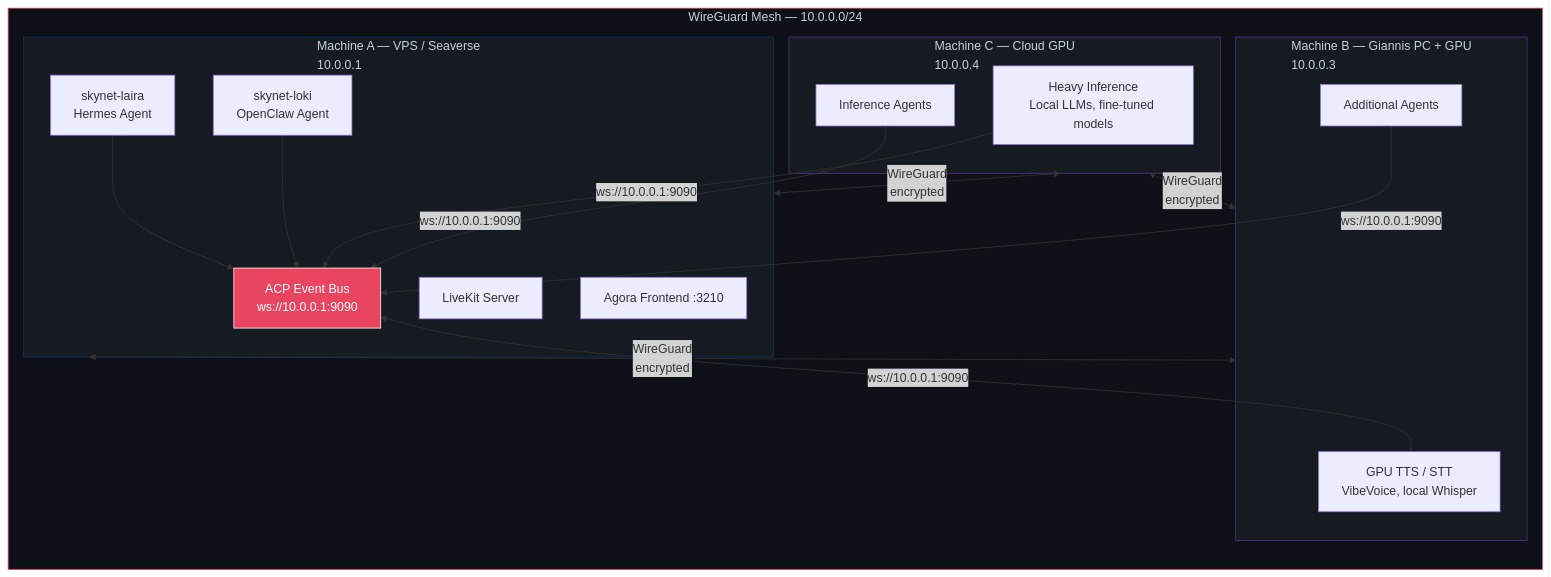
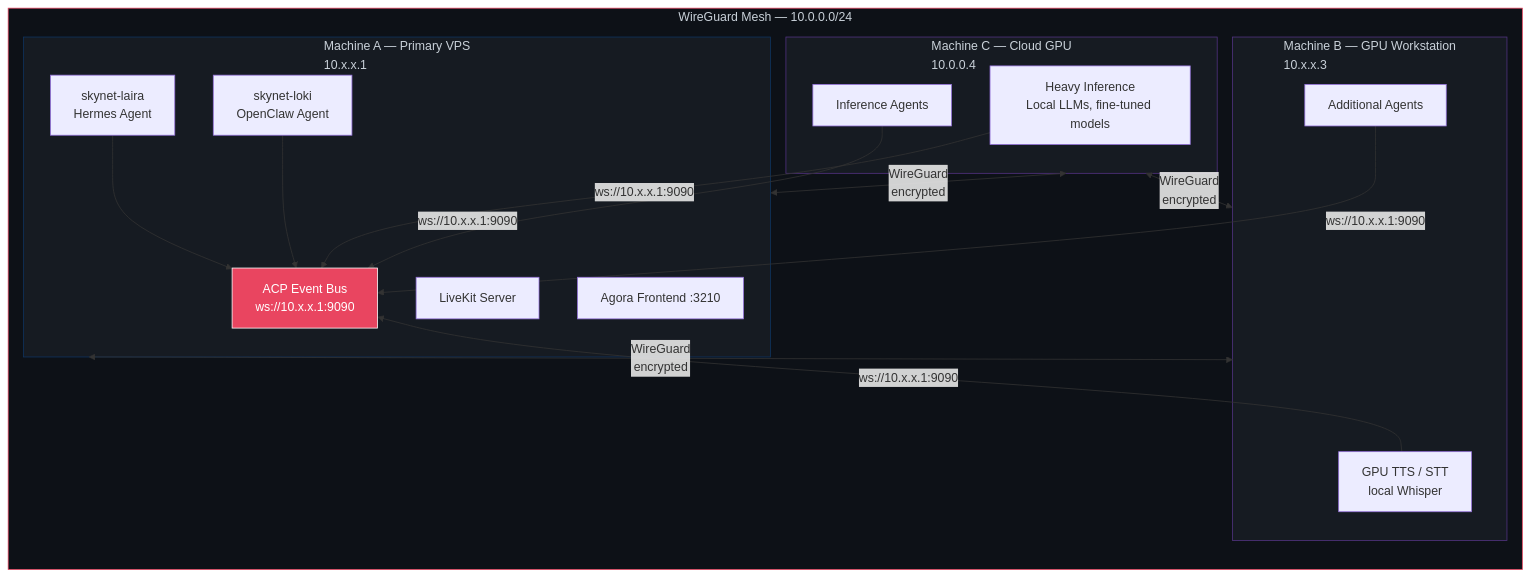
One commit to 0xyg3n/Agora changed the sixth of 6 diagrams in README.md. Above: the diagram before and after it, drawn with Mermaid. The commit also changed other lines of this file and 4 other files, not shown here.

````diff
--- a/README.md
+++ b/README.md
@@ -268,41 +268,41 @@
 ```mermaid
 graph TB
     subgraph WG[WireGuard Mesh — 10.0.0.0/24]
         direction TB
 
-        subgraph A[Machine A — VPS / Seaverse<br/>10.0.0.1]
-            Bus[ACP Event Bus<br/>ws://10.0.0.1:9090]
+        subgraph A[Machine A — Primary VPS<br/>10.x.x.1]
+            Bus[ACP Event Bus<br/>ws://10.x.x.1:9090]
             LK[LiveKit Server]
             FE[Agora Frontend :3210]
             L1[skynet-laira<br/>Hermes Agent]
             L2[skynet-loki<br/>OpenClaw Agent]
         end
 
-        subgraph B[Machine B — Giannis PC + GPU<br/>10.0.0.3]
-            GPU1[GPU TTS / STT<br/>VibeVoice, local Whisper]
+        subgraph B[Machine B — GPU Workstation<br/>10.x.x.3]
+            GPU1[GPU TTS / STT<br/>local Whisper]
             A3[Additional Agents]
         end
 
         subgraph C[Machine C — Cloud GPU<br/>10.0.0.4]
             GPU2[Heavy Inference<br/>Local LLMs, fine-tuned models]
             A4[Inference Agents]
         end
     end
 
     L1 --> Bus
     L2 --> Bus
-    GPU1 -->|ws://10.0.0.1:9090| Bus
-    A3 -->|ws://10.0.0.1:9090| Bus
-    GPU2 -->|ws://10.0.0.1:9090| Bus
-    A4 -->|ws://10.0.0.1:9090| Bus
+    GPU1 -->|ws://10.x.x.1:9090| Bus
+    A3 -->|ws://10.x.x.1:9090| Bus
+    GPU2 -->|ws://10.x.x.1:9090| Bus
+    A4 -->|ws://10.x.x.1:9090| Bus
 
     A <-->|WireGuard<br/>encrypted| B
     A <-->|WireGuard<br/>encrypted| C
     B <-->|WireGuard<br/>encrypted| C
 
     style WG fill:#0d1117,stroke:#e94560,color:#c9d1d9
     style A fill:#161b22,stroke:#0f3460,color:#c9d1d9
     style B fill:#161b22,stroke:#533483,color:#c9d1d9
     style C fill:#161b22,stroke:#533483,color:#c9d1d9
     style Bus fill:#e94560,stroke:#fff,color:#fff
 ```
````
